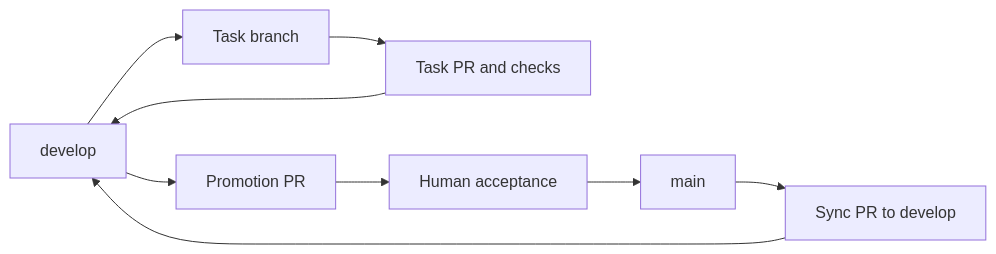
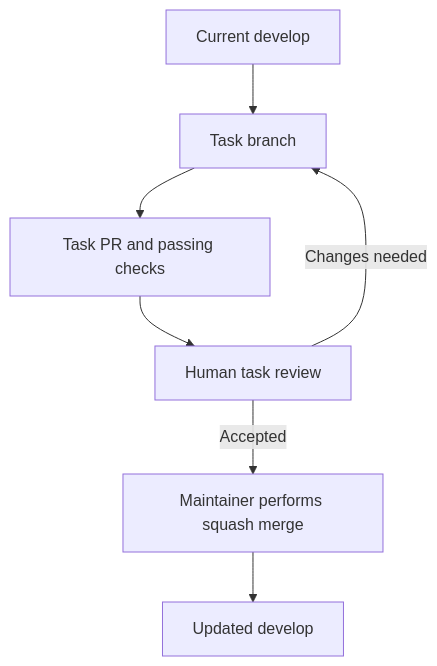
One commit to jairzinhosantos/thinking-harness changed the first of 2 diagrams in docs/standards/std-0003-branching-and-releases.md. Above: the diagram before and after it, drawn with Mermaid. The commit also changed other lines of this file and 5 other files, not shown here.

Commit message:
docs: clarify human review and merge gates

````diff
--- a/docs/standards/std-0003-branching-and-releases.md
+++ b/docs/standards/std-0003-branching-and-releases.md
@@ -23,11 +33,9 @@
 ```mermaid
-flowchart LR
-    D[develop] --> T[Task branch]
-    T --> Q[Task PR and checks]
-    Q --> D
-    D --> P[Promotion PR]
-    P --> A[Human acceptance]
-    A --> M[main]
-    M --> S[Sync PR to develop]
-    S --> D
+flowchart TD
+    D[Current develop] --> T[Task branch]
+    T --> Q[Task PR and passing checks]
+    Q --> H[Human task review]
+    H -->|Changes needed| T
+    H -->|Accepted| G[Maintainer performs squash merge]
+    G --> I[Updated develop]
 ```
````
